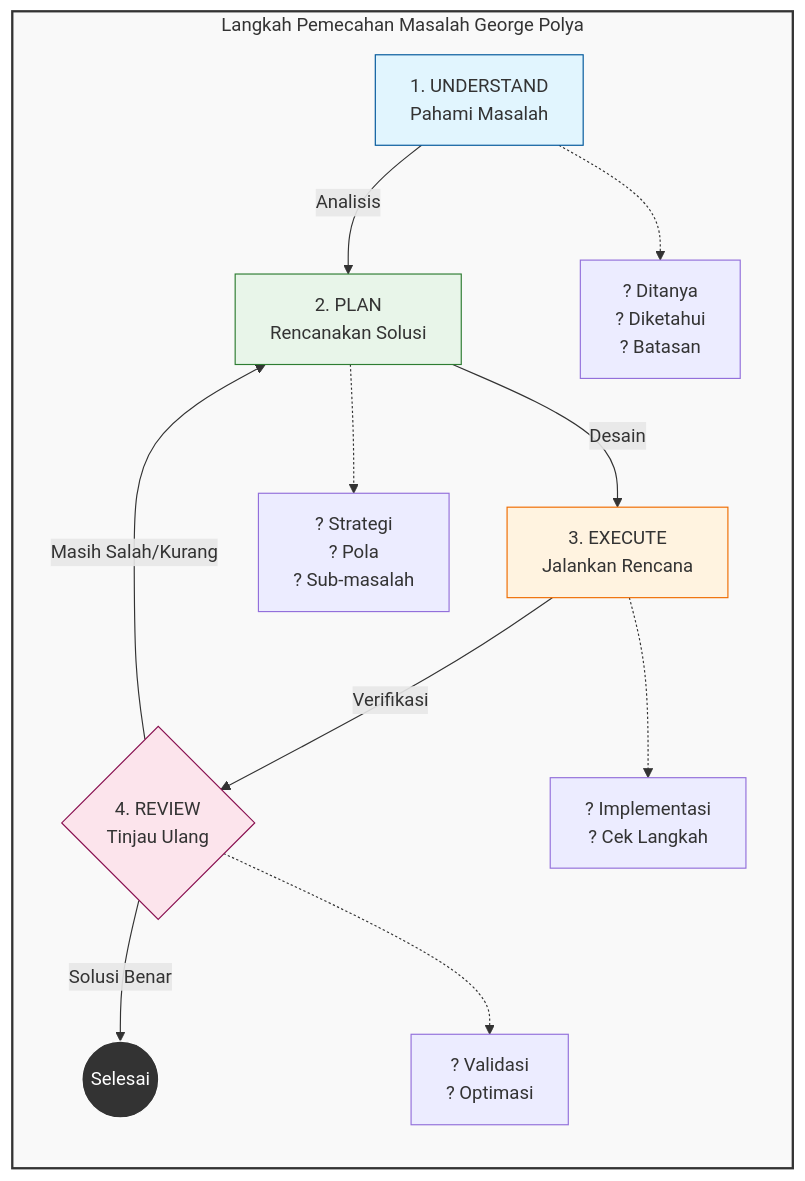
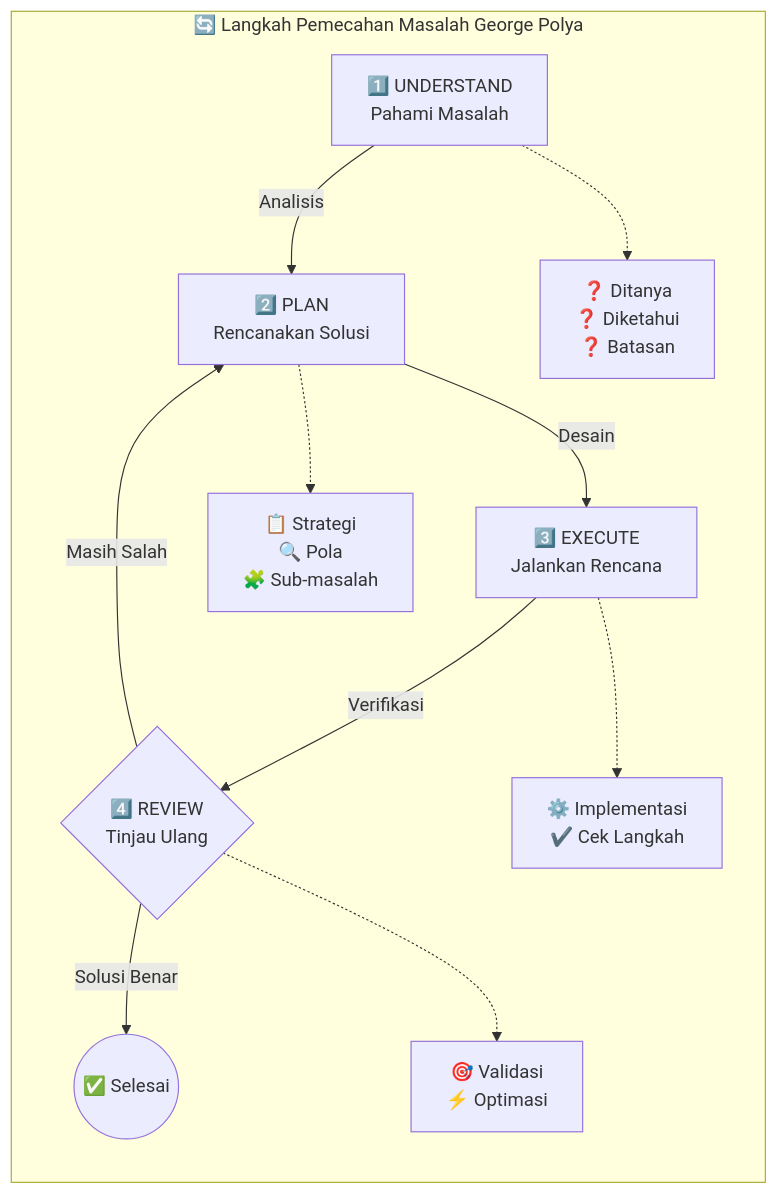
One commit to antonprafanto/dasarAI2026 changed the first of 5 diagrams in bab-02-algoritma.md. Above: the diagram before and after it, drawn with Mermaid. The commit also changed other lines of this file and 8 other files, not shown here.

Commit message:
Fix: Remove custom Mermaid styling for better dark mode visibility

````diff
--- a/bab-02-algoritma.md
+++ b/bab-02-algoritma.md
@@ -267,24 +267,17 @@
 ```mermaid
 flowchart TD
-    subgraph Polya[Langkah Pemecahan Masalah George Polya]
+    subgraph Polya["🔄 Langkah Pemecahan Masalah George Polya"]
         direction TB
-        Step1[1. UNDERSTAND<br/>Pahami Masalah] -->|Analisis| Step2[2. PLAN<br/>Rencanakan Solusi]
-        Step2 -->|Desain| Step3[3. EXECUTE<br/>Jalankan Rencana]
-        Step3 -->|Verifikasi| Step4{4. REVIEW<br/>Tinjau Ulang}
+        Step1["1️⃣ UNDERSTAND<br/>Pahami Masalah"] -->|Analisis| Step2["2️⃣ PLAN<br/>Rencanakan Solusi"]
+        Step2 -->|Desain| Step3["3️⃣ EXECUTE<br/>Jalankan Rencana"]
+        Step3 -->|Verifikasi| Step4{"4️⃣ REVIEW<br/>Tinjau Ulang"}
 
-        Step4 -->|Solusi Benar| Finish((Selesai))
-        Step4 -->|Masih Salah/Kurang| Step2
+        Step4 -->|Solusi Benar| Finish(("✅ Selesai"))
+        Step4 -->|Masih Salah| Step2
 
-        Step1 -.-> D1[? Ditanya<br/>? Diketahui<br/>? Batasan]
-        Step2 -.-> D2[? Strategi<br/>? Pola<br/>? Sub-masalah]
-        Step3 -.-> D3[? Implementasi<br/>? Cek Langkah]
-        Step4 -.-> D4[? Validasi<br/>? Optimasi]
+        Step1 -.-> D1["❓ Ditanya<br/>❓ Diketahui<br/>❓ Batasan"]
+        Step2 -.-> D2["📋 Strategi<br/>🔍 Pola<br/>🧩 Sub-masalah"]
+        Step3 -.-> D3["⚙️ Implementasi<br/>✔️ Cek Langkah"]
+        Step4 -.-> D4["🎯 Validasi<br/>⚡ Optimasi"]
     end
-
-    style Polya fill:#f9f9f9,stroke:#333,stroke-width:2px
-    style Step1 fill:#e1f5fe,stroke:#01579b
-    style Step2 fill:#e8f5e9,stroke:#2e7d32
-    style Step3 fill:#fff3e0,stroke:#ef6c00
-    style Step4 fill:#fce4ec,stroke:#880e4f
-    style Finish fill:#333,stroke:#fff,color:#fff
 ```
````
